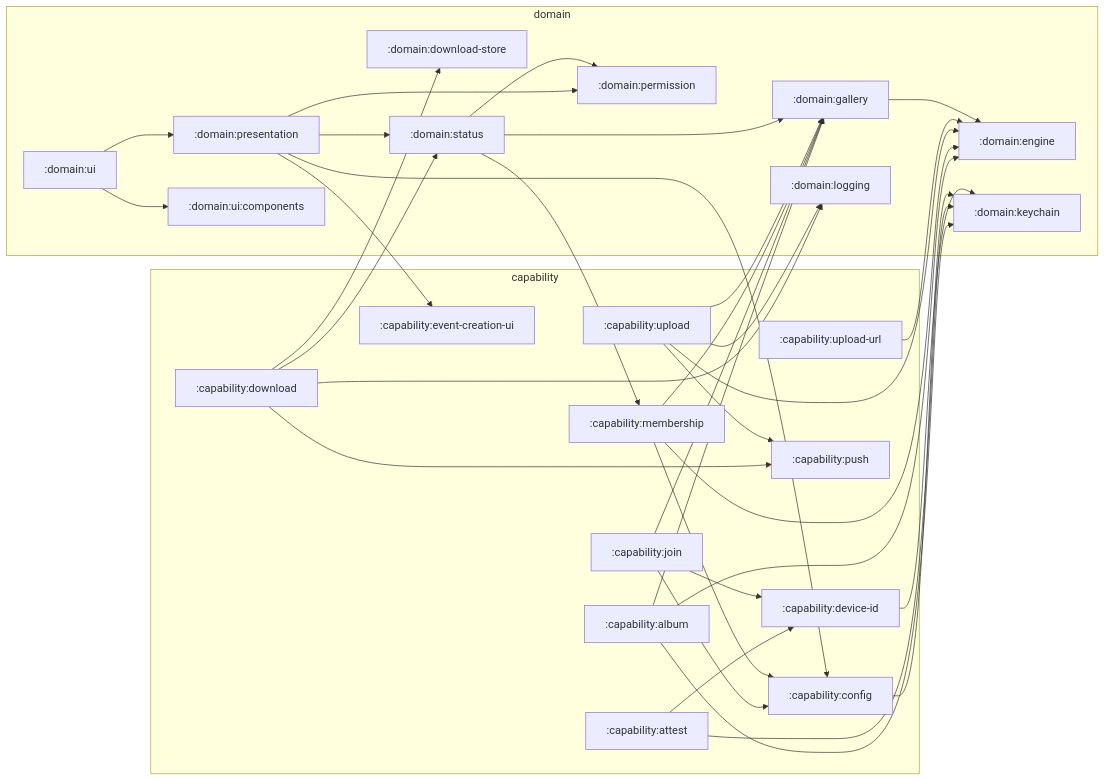
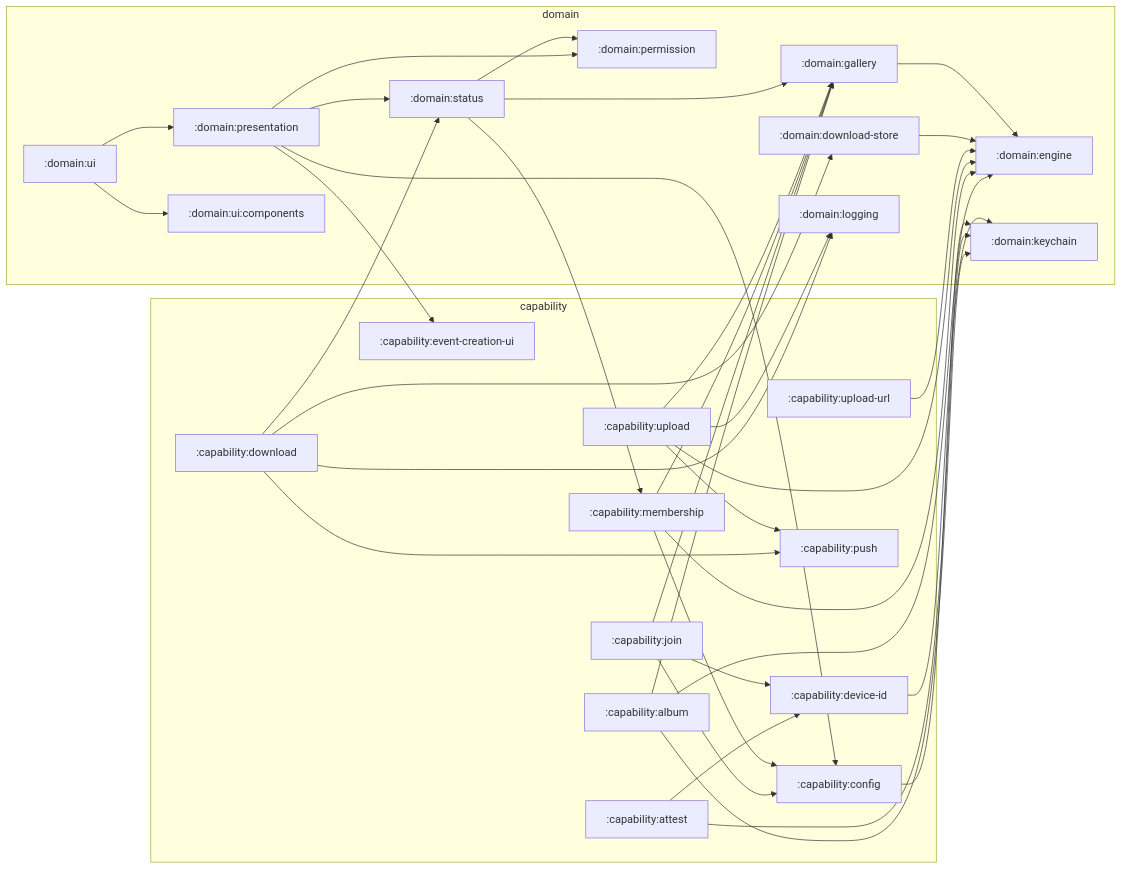
Before and after one commit to stefanhoelzl/SnapSync: the diagram in architecture/zones.md, drawn with Mermaid. The commit also changed 20 other files, not shown here.

````diff
--- a/architecture/zones.md
+++ b/architecture/zones.md
@@ -8,60 +8,61 @@
 ```mermaid
 flowchart LR
   subgraph capability
     capability_album[":capability:album"]
     capability_attest[":capability:attest"]
     capability_config[":capability:config"]
     capability_device_id[":capability:device-id"]
     capability_download[":capability:download"]
     capability_event_creation_ui[":capability:event-creation-ui"]
     capability_join[":capability:join"]
     capability_membership[":capability:membership"]
     capability_push[":capability:push"]
     capability_upload[":capability:upload"]
     capability_upload_url[":capability:upload-url"]
   end
   subgraph domain
     domain_download_store[":domain:download-store"]
     domain_engine[":domain:engine"]
     domain_gallery[":domain:gallery"]
     domain_keychain[":domain:keychain"]
     domain_logging[":domain:logging"]
     domain_permission[":domain:permission"]
     domain_presentation[":domain:presentation"]
     domain_status[":domain:status"]
     domain_ui[":domain:ui"]
     domain_ui_components[":domain:ui:components"]
   end
   capability_album --> domain_engine
   capability_album --> domain_gallery
   capability_album --> domain_keychain
   capability_attest --> capability_device_id
   capability_attest --> domain_keychain
   capability_config --> domain_keychain
   capability_device_id --> domain_keychain
   capability_download --> capability_push
   capability_download --> domain_download_store
   capability_download --> domain_logging
   capability_download --> domain_status
   capability_join --> capability_config
   capability_join --> capability_device_id
   capability_join --> domain_gallery
   capability_membership --> capability_config
   capability_membership --> domain_engine
   capability_membership --> domain_gallery
   capability_upload --> capability_push
   capability_upload --> domain_engine
   capability_upload --> domain_gallery
   capability_upload --> domain_logging
   capability_upload_url --> domain_engine
+  domain_download_store --> domain_engine
   domain_gallery --> domain_engine
   domain_presentation --> capability_config
   domain_presentation --> capability_event_creation_ui
   domain_presentation --> domain_permission
   domain_presentation --> domain_status
   domain_status --> capability_membership
   domain_status --> domain_gallery
   domain_status --> domain_permission
   domain_ui --> domain_presentation
   domain_ui --> domain_ui_components
 ```
````
